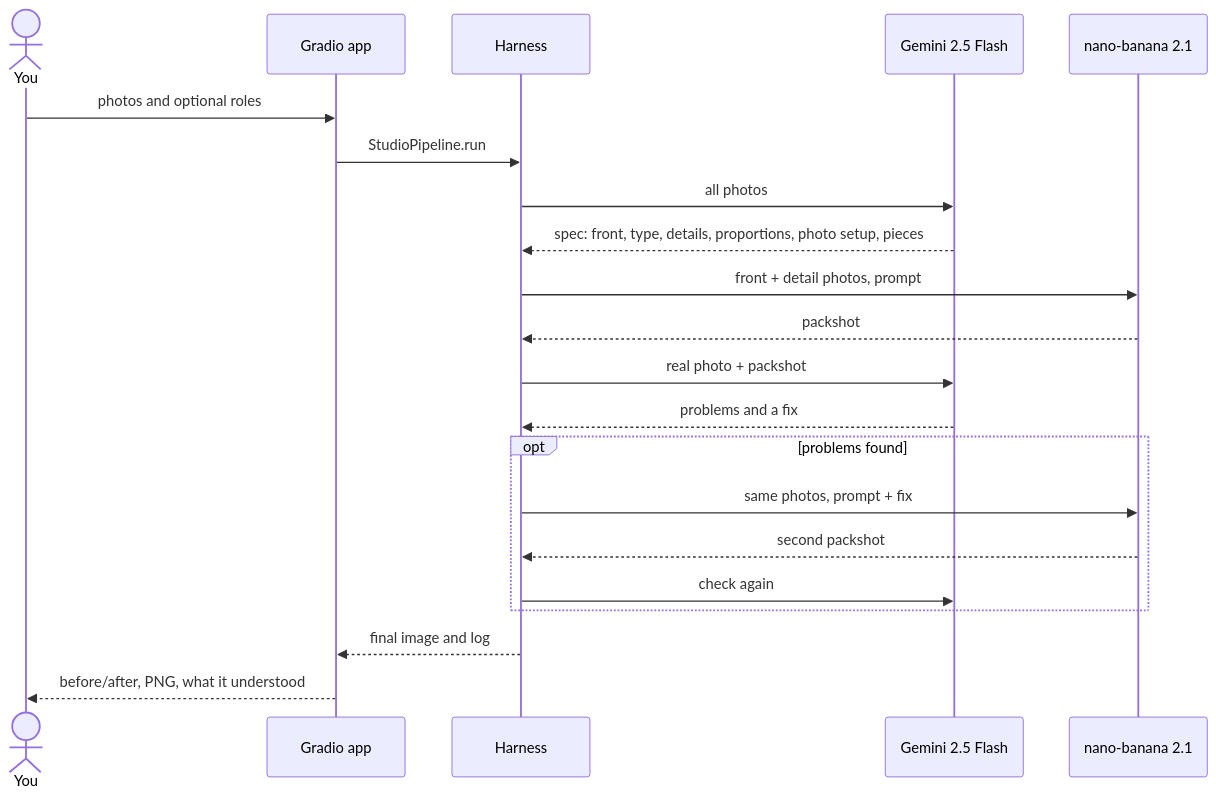
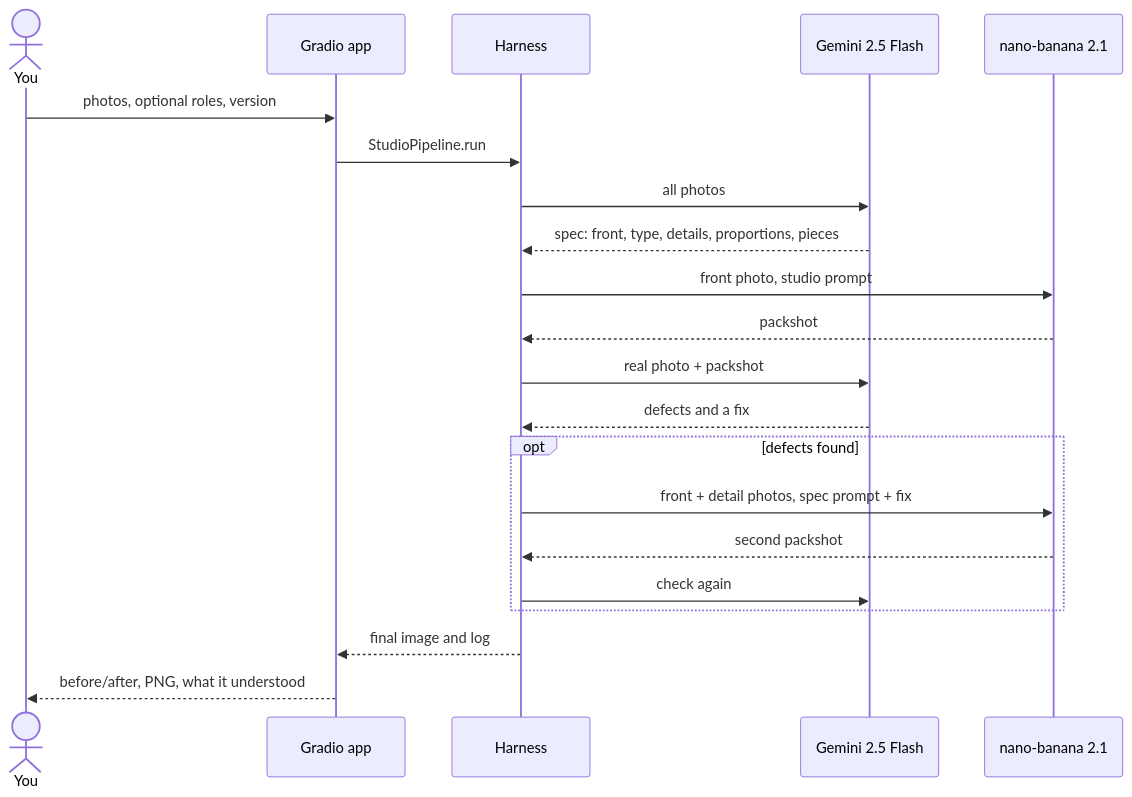
The second of 2 diagrams in README.md (neural-wave/ch-D3A24), drawn with Mermaid before and after one commit. The commit also changed other lines of this file and 10 other files, not shown here.

````diff
--- a/README.md
+++ b/README.md
@@ -40,23 +40,23 @@
 ```mermaid
 sequenceDiagram
     actor U as You
     participant App as Gradio app
     participant H as Harness
     participant V as Gemini 2.5 Flash
     participant G as nano-banana 2.1
-    U->>App: photos and optional roles
+    U->>App: photos, optional roles, version
     App->>H: StudioPipeline.run
     H->>V: all photos
-    V-->>H: spec: front, type, details, proportions, photo setup, pieces
-    H->>G: front + detail photos, prompt
+    V-->>H: spec: front, type, details, proportions, pieces
+    H->>G: front photo, studio prompt
     G-->>H: packshot
     H->>V: real photo + packshot
-    V-->>H: problems and a fix
-    opt problems found
-        H->>G: same photos, prompt + fix
+    V-->>H: defects and a fix
+    opt defects found
+        H->>G: front + detail photos, spec prompt + fix
         G-->>H: second packshot
         H->>V: check again
     end
     H-->>App: final image and log
     App-->>U: before/after, PNG, what it understood
 ```
````
